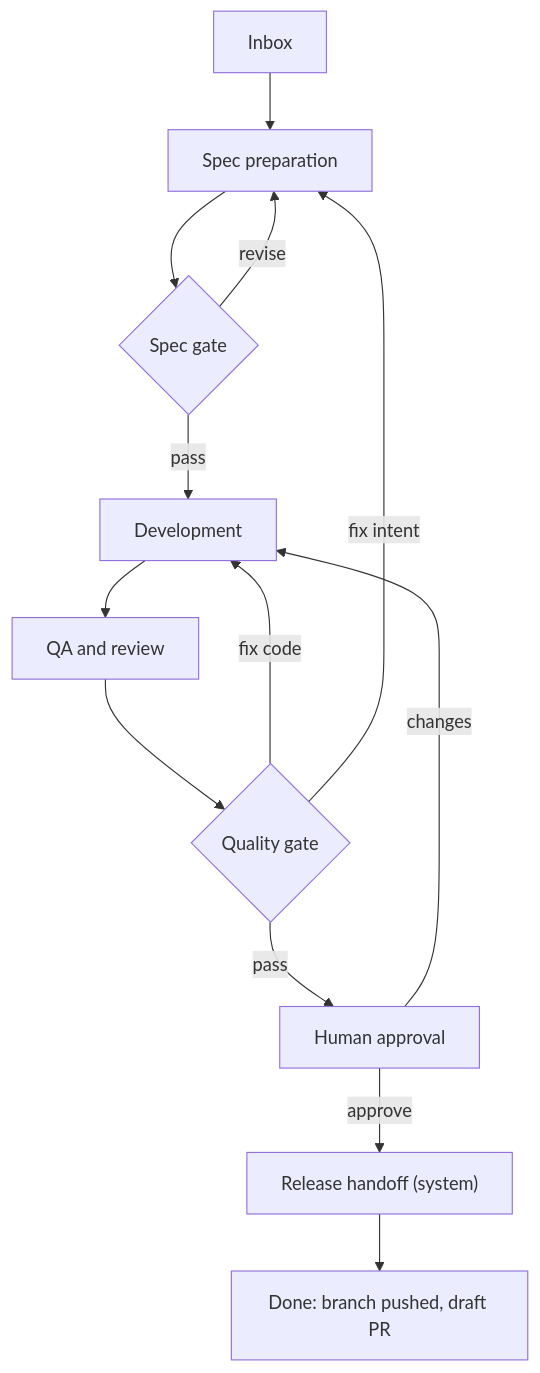
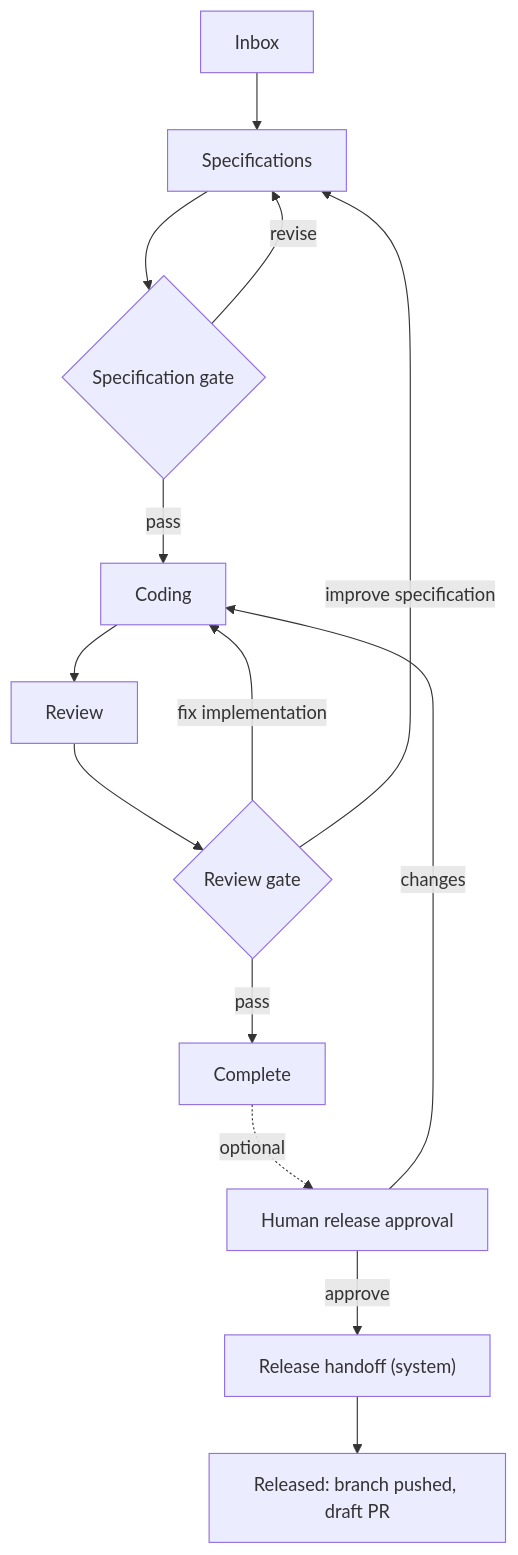
Before and after one commit to mpakus/cuckoding.com: the diagram in docs/FLOW.md, drawn with Mermaid. The commit also changed other lines of this file and 23 other files, not shown here.

````diff
--- a/docs/FLOW.md
+++ b/docs/FLOW.md
@@ -7,15 +22,16 @@
 ```mermaid
 flowchart TD
-    I["Inbox"] --> S["Spec preparation"]
-    S --> G1{"Spec gate"}
-    G1 -->|pass| D["Development"]
+    I["Inbox"] --> S["Specifications"]
+    S --> G1{"Specification gate"}
+    G1 -->|pass| D["Coding"]
     G1 -->|revise| S
-    D --> Q["QA and review"]
-    Q --> G2{"Quality gate"}
-    G2 -->|fix code| D
-    G2 -->|fix intent| S
-    G2 -->|pass| H["Human approval"]
+    D --> Q["Review"]
+    Q --> G2{"Review gate"}
+    G2 -->|fix implementation| D
+    G2 -->|improve specification| S
+    G2 -->|pass| X["Complete"]
+    X -. optional .-> H["Human release approval"]
     H -->|approve| R["Release handoff (system)"]
     H -->|changes| D
-    R --> X["Done: branch pushed, draft PR"]
+    R --> Z["Released: branch pushed, draft PR"]
 ```
````
